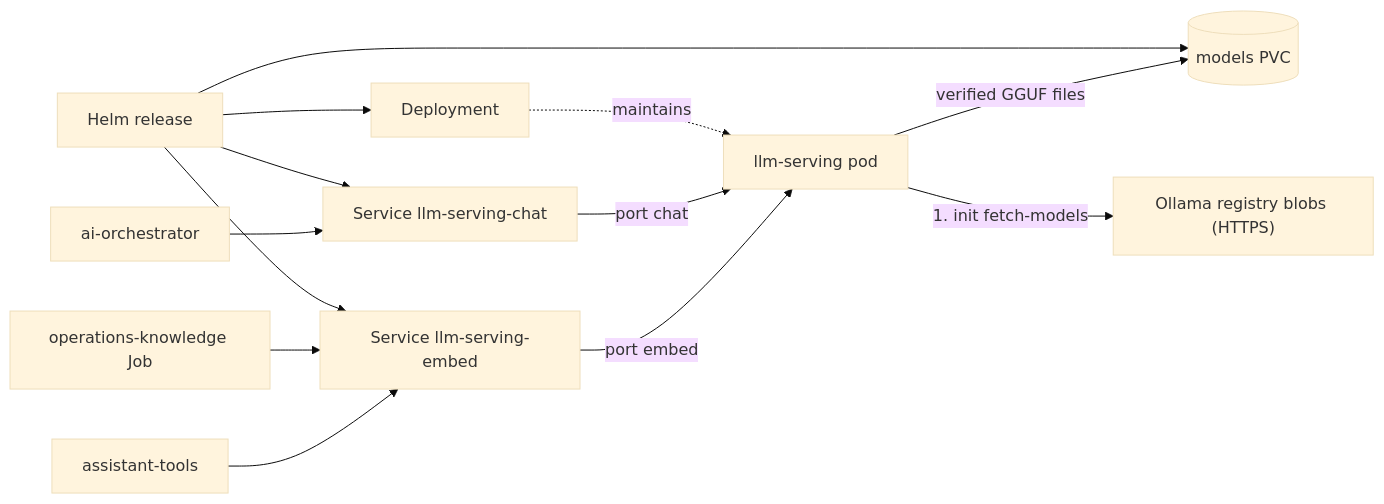
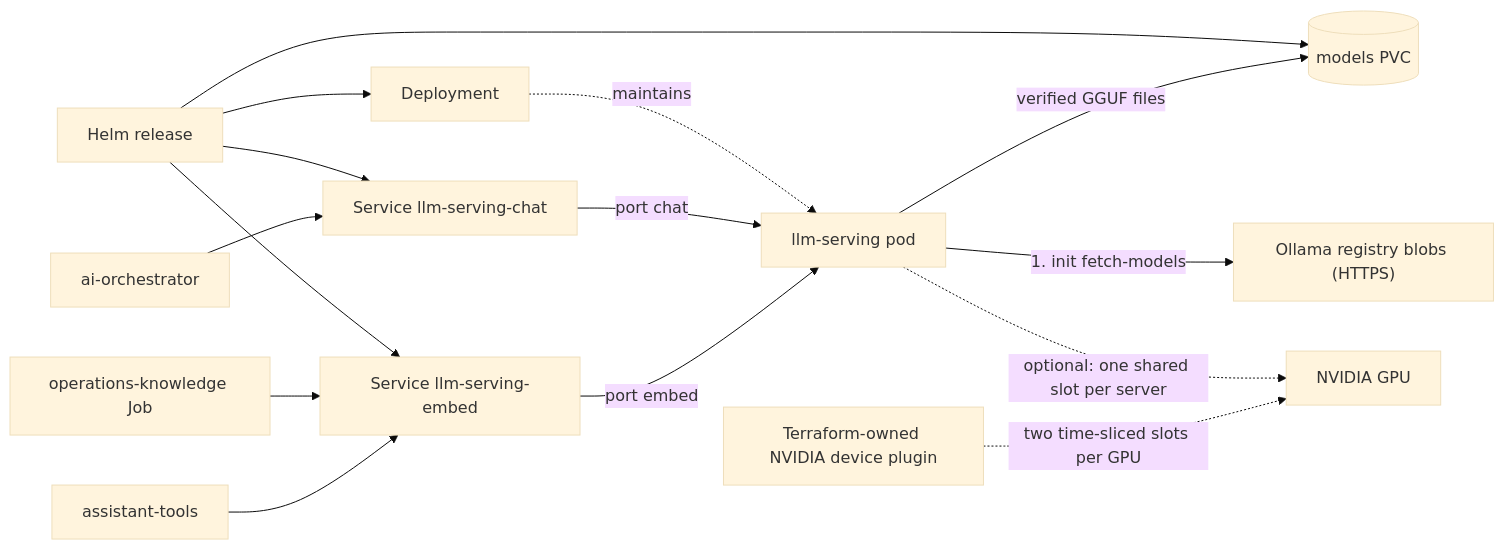
One commit to varunpathania86/realtime-payment-platform changed the second of 2 diagrams in modules/llm-serving/chart/README.md. Above: the diagram before and after it, drawn with Mermaid (base theme). The commit also changed other lines of this file and 198 other files, not shown here.

````diff
--- a/modules/llm-serving/chart/README.md
+++ b/modules/llm-serving/chart/README.md
@@ -38,13 +38,15 @@
 ```mermaid
 flowchart LR
     H["Helm release"] --> PVC[("models PVC")]
     H --> D["Deployment"]
     D -. "maintains" .-> P["llm-serving pod"]
     P -- "1. init fetch-models" --> R["Ollama registry blobs (HTTPS)"]
     P -- "verified GGUF files" --> PVC
     H --> SC["Service llm-serving-chat"] -- "port chat" --> P
     H --> SE["Service llm-serving-embed"] -- "port embed" --> P
     O["ai-orchestrator"] --> SC
     K["operations-knowledge Job"] --> SE
     T["assistant-tools"] --> SE
+    P -. "optional: one shared slot per server" .-> G["NVIDIA GPU"]
+    DP["Terraform-owned NVIDIA device plugin"] -. "two time-sliced slots per GPU" .-> G
 ```
````
